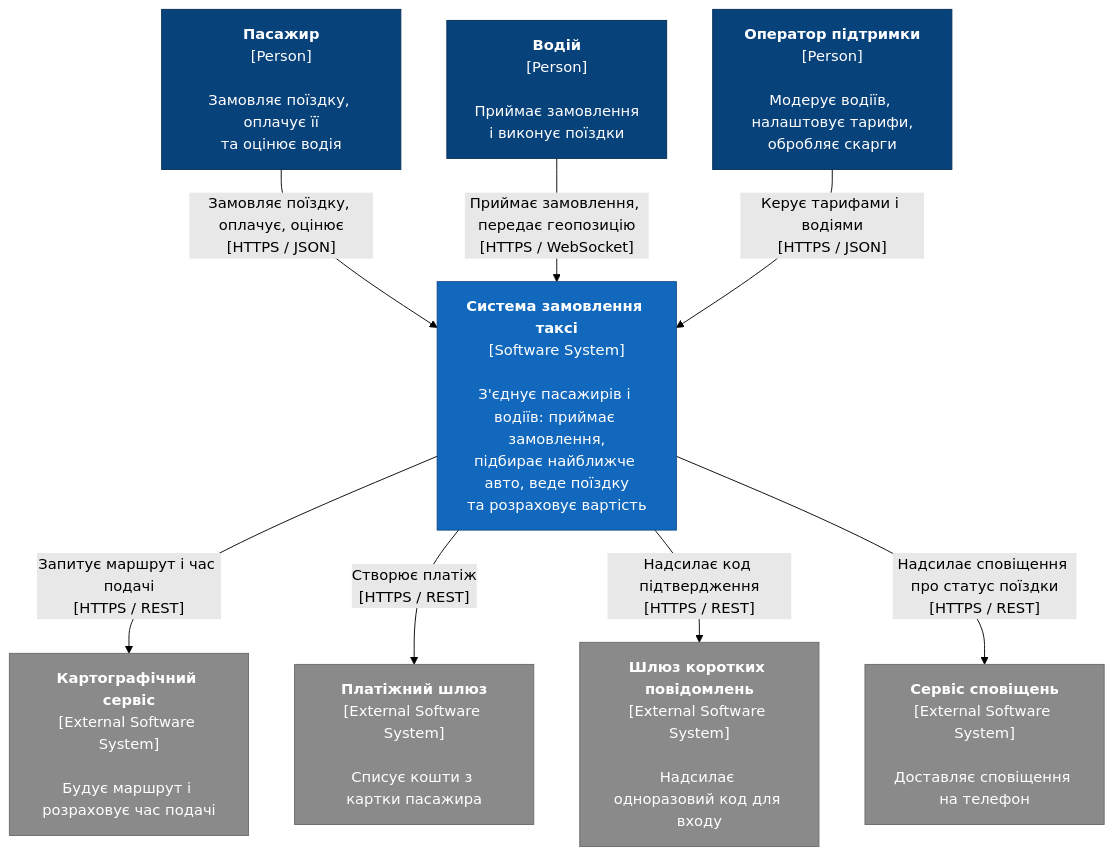
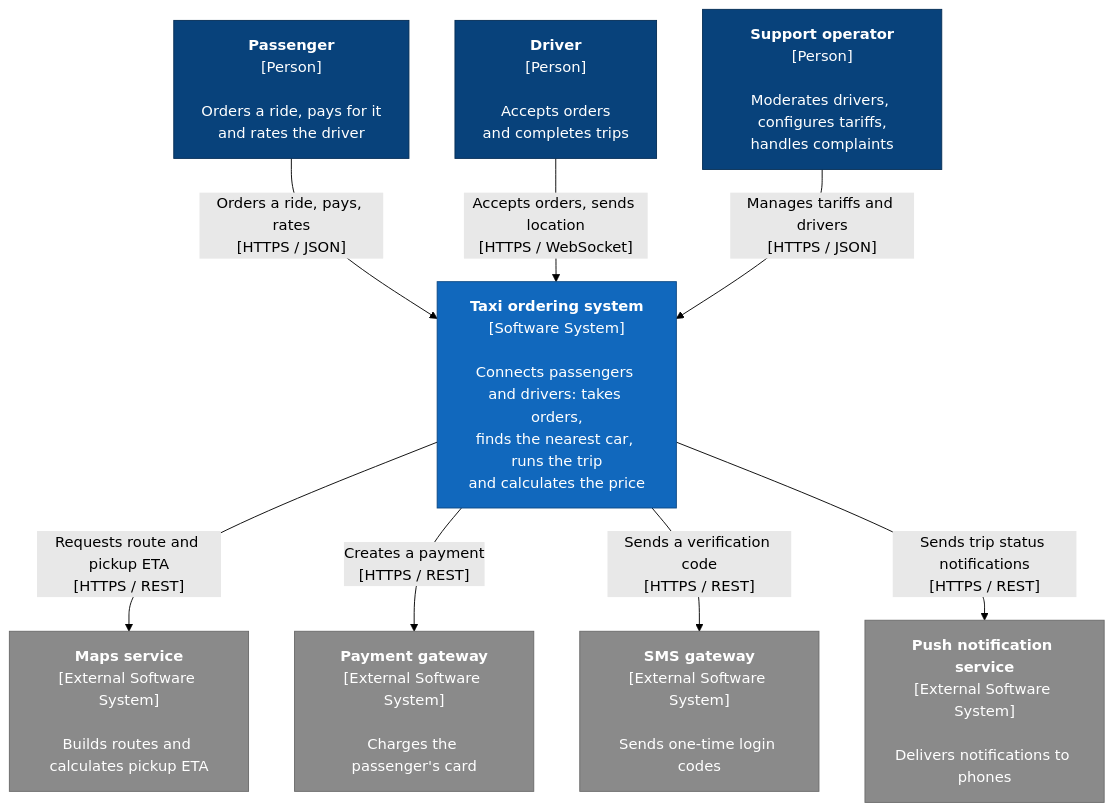
One commit to mineo71/taxi-app changed the diagram in docs/architecture/c1-system-context.md. Above: the diagram before and after it, drawn with Mermaid (forest theme). The commit also changed other lines of this file and 28 other files, not shown here.

````diff
--- a/docs/architecture/c1-system-context.md
+++ b/docs/architecture/c1-system-context.md
@@ -5,29 +5,29 @@
 ```mermaid
 flowchart TB
-  passenger["<b>Пасажир</b><br/>[Person]<br/><br/>Замовляє поїздку, оплачує її<br/>та оцінює водія"]
-  driver["<b>Водій</b><br/>[Person]<br/><br/>Приймає замовлення<br/>і виконує поїздки"]
-  operator["<b>Оператор підтримки</b><br/>[Person]<br/><br/>Модерує водіїв, налаштовує тарифи,<br/>обробляє скарги"]
+  passenger["<b>Passenger</b><br/>[Person]<br/><br/>Orders a ride, pays for it<br/>and rates the driver"]
+  driver["<b>Driver</b><br/>[Person]<br/><br/>Accepts orders<br/>and completes trips"]
+  operator["<b>Support operator</b><br/>[Person]<br/><br/>Moderates drivers, configures tariffs,<br/>handles complaints"]
 
-  system["<b>Система замовлення таксі</b><br/>[Software System]<br/><br/>З'єднує пасажирів і водіїв: приймає замовлення,<br/>підбирає найближче авто, веде поїздку<br/>та розраховує вартість"]
+  system["<b>Taxi ordering system</b><br/>[Software System]<br/><br/>Connects passengers and drivers: takes orders,<br/>finds the nearest car, runs the trip<br/>and calculates the price"]
 
-  maps["<b>Картографічний сервіс</b><br/>[External Software System]<br/><br/>Будує маршрут і розраховує час подачі"]
-  payments["<b>Платіжний шлюз</b><br/>[External Software System]<br/><br/>Списує кошти з картки пасажира"]
-  sms["<b>Шлюз коротких повідомлень</b><br/>[External Software System]<br/><br/>Надсилає одноразовий код для входу"]
-  push["<b>Сервіс сповіщень</b><br/>[External Software System]<br/><br/>Доставляє сповіщення на телефон"]
+  maps["<b>Maps service</b><br/>[External Software System]<br/><br/>Builds routes and calculates pickup ETA"]
+  payments["<b>Payment gateway</b><br/>[External Software System]<br/><br/>Charges the passenger's card"]
+  sms["<b>SMS gateway</b><br/>[External Software System]<br/><br/>Sends one-time login codes"]
+  push["<b>Push notification service</b><br/>[External Software System]<br/><br/>Delivers notifications to phones"]
 
-  passenger -- "Замовляє поїздку, оплачує, оцінює<br/>[HTTPS / JSON]" --> system
-  driver -- "Приймає замовлення, передає геопозицію<br/>[HTTPS / WebSocket]" --> system
-  operator -- "Керує тарифами і водіями<br/>[HTTPS / JSON]" --> system
+  passenger -- "Orders a ride, pays, rates<br/>[HTTPS / JSON]" --> system
+  driver -- "Accepts orders, sends location<br/>[HTTPS / WebSocket]" --> system
+  operator -- "Manages tariffs and drivers<br/>[HTTPS / JSON]" --> system
 
-  system -- "Запитує маршрут і час подачі<br/>[HTTPS / REST]" --> maps
-  system -- "Створює платіж<br/>[HTTPS / REST]" --> payments
-  system -- "Надсилає код підтвердження<br/>[HTTPS / REST]" --> sms
-  system -- "Надсилає сповіщення про статус поїздки<br/>[HTTPS / REST]" --> push
+  system -- "Requests route and pickup ETA<br/>[HTTPS / REST]" --> maps
+  system -- "Creates a payment<br/>[HTTPS / REST]" --> payments
+  system -- "Sends a verification code<br/>[HTTPS / REST]" --> sms
+  system -- "Sends trip status notifications<br/>[HTTPS / REST]" --> push
 
   classDef person fill:#08427b,stroke:#052e56,color:#ffffff
   classDef internal fill:#1168bd,stroke:#0b4884,color:#ffffff
   classDef external fill:#8a8a8a,stroke:#6b6b6b,color:#ffffff
   class passenger,driver,operator person
   class system internal
   class maps,payments,sms,push external
 ```
````
